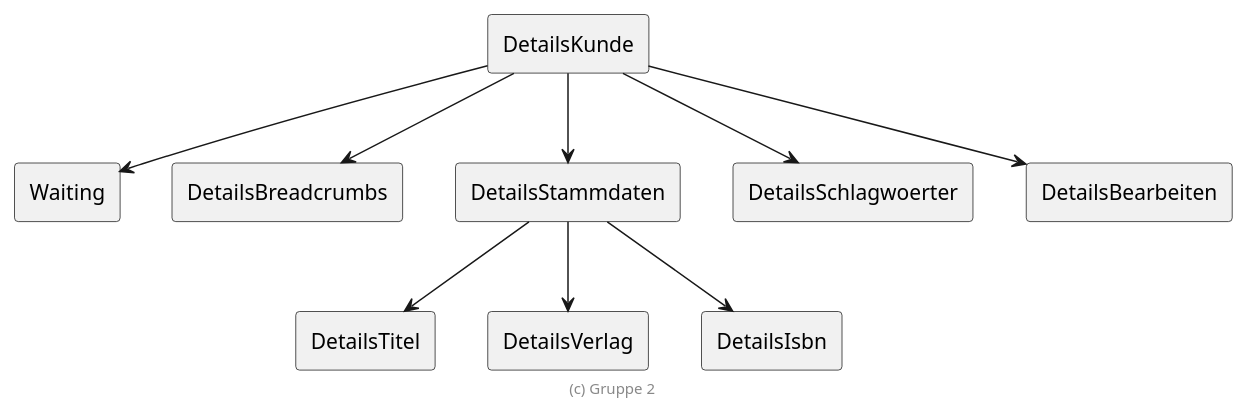
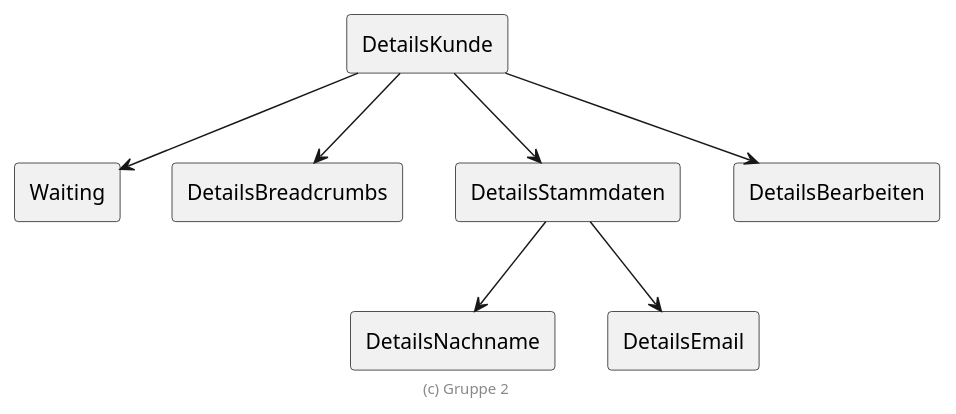
One commit to Wichlee/kundeweb changed the diagram in extras/doc/komponentenbaum.DetailsKunde.plantuml. Above: the diagram before and after it, drawn with PlantUML. The commit also changed 2 other files, not shown here.

```diff
--- a/extras/doc/komponentenbaum.DetailsKunde.plantuml
+++ b/extras/doc/komponentenbaum.DetailsKunde.plantuml
@@ -18,28 +18,24 @@
 @startuml DetailsKunde
 
 'top to bottom direction
 
 rectangle DetailsKunde
 rectangle Waiting
 rectangle DetailsBreadcrumbs
 rectangle DetailsStammdaten
-rectangle DetailsSchlagwoerter
 rectangle DetailsBearbeiten
 
 DetailsKunde --> Waiting
 DetailsKunde --> DetailsBreadcrumbs
 DetailsKunde --> DetailsStammdaten
-DetailsKunde --> DetailsSchlagwoerter
 DetailsKunde --> DetailsBearbeiten
 
-rectangle DetailsTitel
-rectangle DetailsVerlag
-rectangle DetailsIsbn
+rectangle DetailsNachname
+rectangle DetailsEmail
 
-DetailsStammdaten --> DetailsTitel
-DetailsStammdaten --> DetailsVerlag
-DetailsStammdaten --> DetailsIsbn
+DetailsStammdaten --> DetailsNachname
+DetailsStammdaten --> DetailsEmail
 
 footer (c) Gruppe 2
 
 @enduml
```
